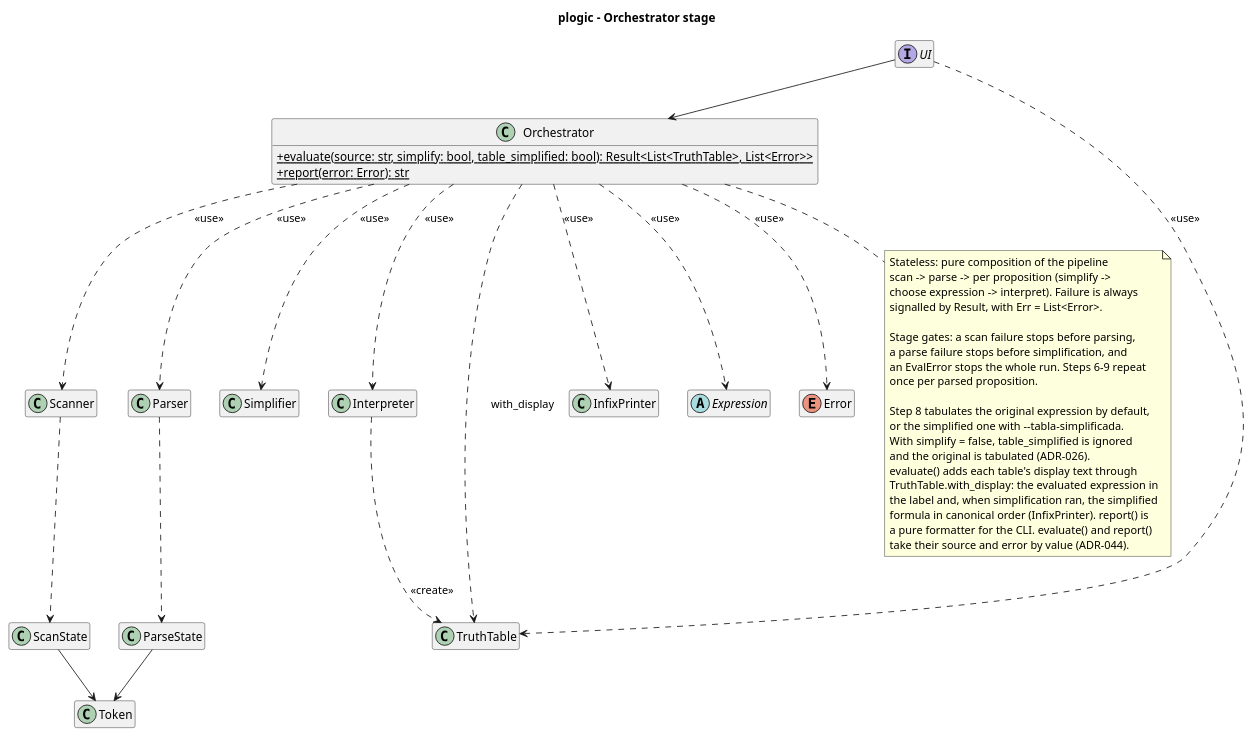
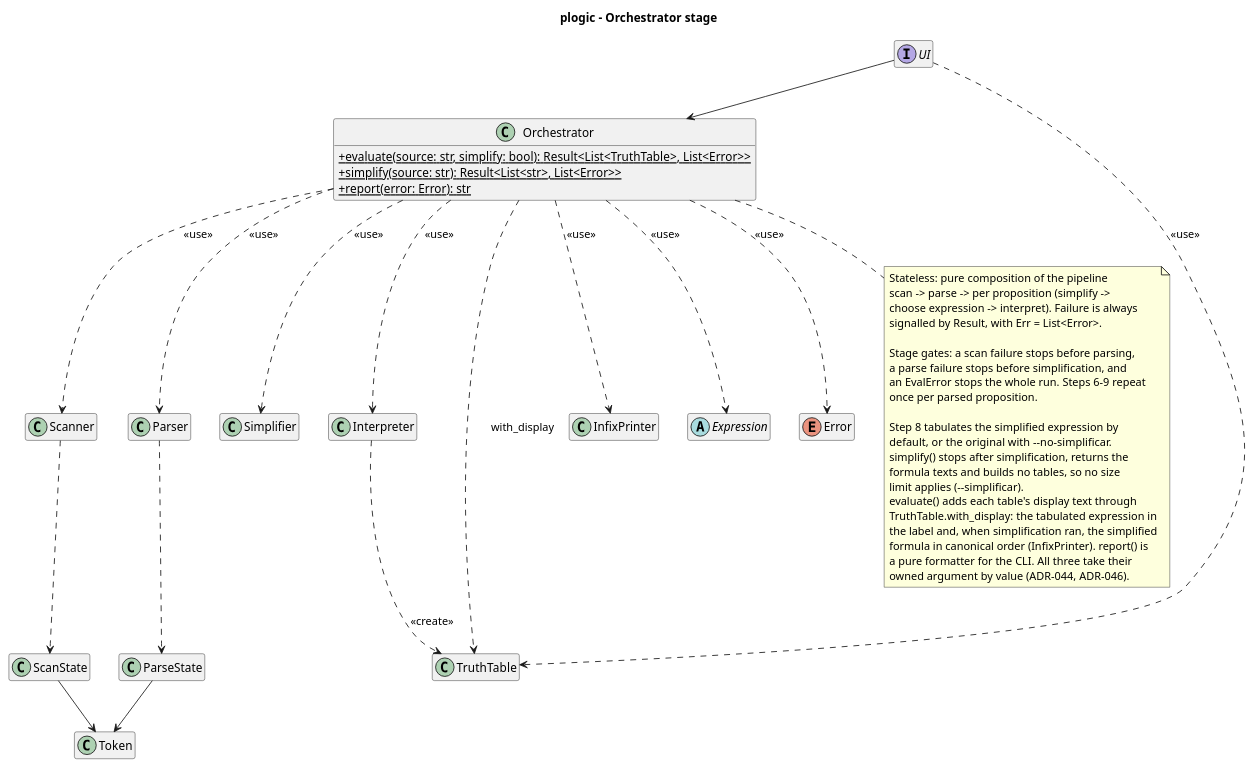
Before and after one commit to Josgtg/plogic: the diagram in design/diagrams/orchestrator_class.puml, drawn with PlantUML. The commit also changed 14 other files, not shown here.

Commit message:
design: document simplified-by-default tables and the new flags

```diff
--- a/design/diagrams/orchestrator_class.puml
+++ b/design/diagrams/orchestrator_class.puml
@@ -1,69 +1,71 @@
 @startuml orchestrator_class
 title plogic - Orchestrator stage
 
 skinparam classAttributeIconSize 0
 hide empty members
 
 interface UI {
 }
 
 class Orchestrator {
-  +{static} evaluate(source: str, simplify: bool, table_simplified: bool): Result<List<TruthTable>, List<Error>>
+  +{static} evaluate(source: str, simplify: bool): Result<List<TruthTable>, List<Error>>
+  +{static} simplify(source: str): Result<List<str>, List<Error>>
   +{static} report(error: Error): str
 }
 
 class Token
 
 class Scanner
 class Parser
 class ScanState
 class ParseState
 class Simplifier
 class Interpreter
 class TruthTable
 class InfixPrinter
 abstract class Expression
 enum Error
 
 note bottom of Orchestrator
   Stateless: pure composition of the pipeline
   scan -> parse -> per proposition (simplify ->
   choose expression -> interpret). Failure is always
   signalled by Result, with Err = List<Error>.
 
   Stage gates: a scan failure stops before parsing,
   a parse failure stops before simplification, and
   an EvalError stops the whole run. Steps 6-9 repeat
   once per parsed proposition.
 
-  Step 8 tabulates the original expression by default,
-  or the simplified one with --tabla-simplificada.
-  With simplify = false, table_simplified is ignored
-  and the original is tabulated (ADR-026).
+  Step 8 tabulates the simplified expression by
+  default, or the original with --no-simplificar.
+  simplify() stops after simplification, returns the
+  formula texts and builds no tables, so no size
+  limit applies (--simplificar).
   evaluate() adds each table's display text through
-  TruthTable.with_display: the evaluated expression in
+  TruthTable.with_display: the tabulated expression in
   the label and, when simplification ran, the simplified
   formula in canonical order (InfixPrinter). report() is
-  a pure formatter for the CLI. evaluate() and report()
-  take their source and error by value (ADR-044).
+  a pure formatter for the CLI. All three take their
+  owned argument by value (ADR-044, ADR-046).
 end note
 
 UI --> Orchestrator
 
 Orchestrator ..> Scanner : <<use>>
 Orchestrator ..> Parser : <<use>>
 Orchestrator ..> Simplifier : <<use>>
 Orchestrator ..> Interpreter : <<use>>
 Orchestrator ..> TruthTable : with_display
 Orchestrator ..> InfixPrinter : <<use>>
 Orchestrator ..> Expression : <<use>>
 Orchestrator ..> Error : <<use>>
 
 Scanner ..> ScanState
 Parser ..> ParseState
 ScanState --> Token
 ParseState --> Token
 Interpreter ..> TruthTable : <<create>>
 UI ..> TruthTable : <<use>>
 
 @enduml
```
